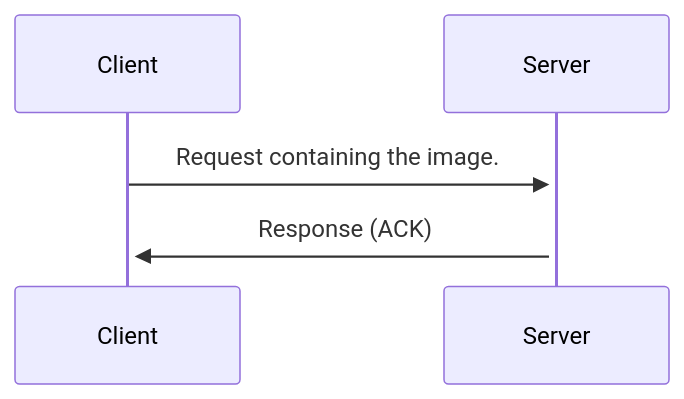
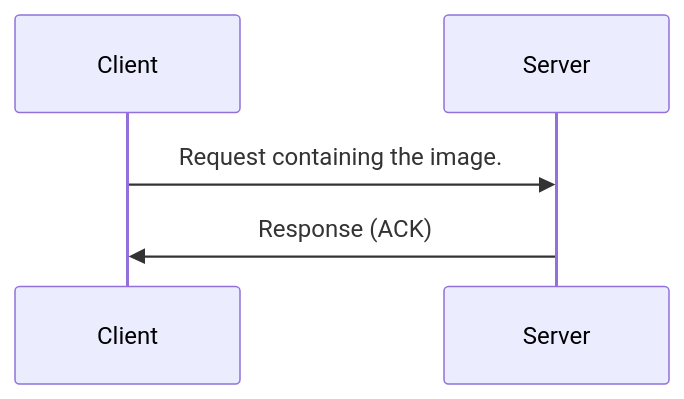
One commit to rohan843/backend-engg-notes changed the second of 4 diagrams in README.md. Above: the diagram before and after it, drawn with Mermaid. The commit also changed other lines of this file, not shown here.

````diff
--- a/README.md
+++ b/README.md
@@ -66,7 +67,7 @@
 ```mermaid
 sequenceDiagram
     participant Client
     participant Server
-    Client->>+Server: Request containing the image.
-    Server->>+Client: Response (ACK)
+    Client->>Server: Request containing the image.
+    Server->>Client: Response (ACK)
 ```
````
